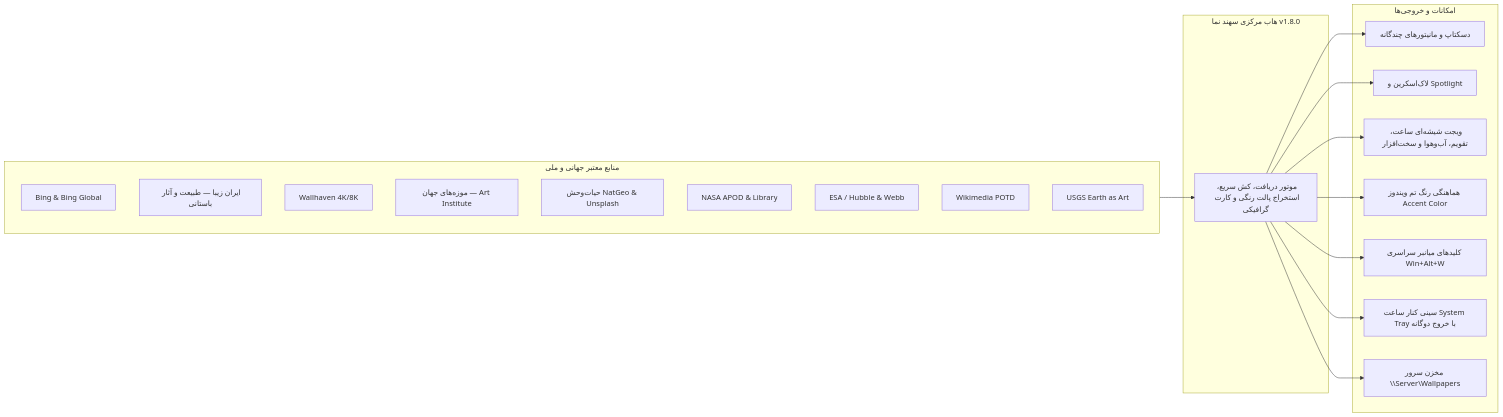
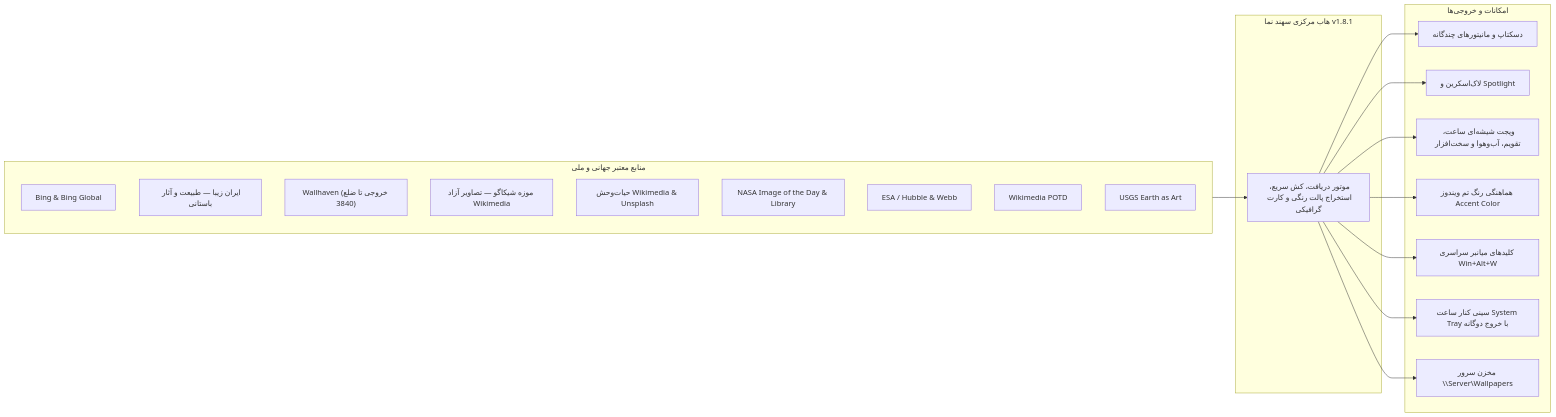
Before and after one commit to taimazus/SetWinWallpaper: the diagram in README.md, drawn with Mermaid. The commit also changed other lines of this file and 43 other files, not shown here.

````diff
--- a/README.md
+++ b/README.md
@@ -36,37 +36,37 @@
 ```mermaid
 graph LR
     subgraph Sources ["منابع معتبر جهانی و ملی"]
         B["Bing & Bing Global"]
         IR["ایران زیبا — طبیعت و آثار باستانی"]
-        W4K["Wallhaven 4K/8K"]
-        ART["موزه‌های جهان — Art Institute"]
-        GEO["حیات‌وحش NatGeo & Unsplash"]
-        N["NASA APOD & Library"]
+        W4K["Wallhaven (خروجی تا ضلع 3840)"]
+        ART["موزه شیکاگو — تصاویر آزاد Wikimedia"]
+        GEO["حیات‌وحش Wikimedia & Unsplash"]
+        N["NASA Image of the Day & Library"]
         H["ESA / Hubble & Webb"]
         W["Wikimedia POTD"]
         E["USGS Earth as Art"]
     end
     
-    subgraph Engine ["هاب مرکزی سهند نما v1.8.0"]
+    subgraph Engine ["هاب مرکزی سهند نما v1.8.1"]
         Core["موتور دریافت، کش سریع، استخراج پالت رنگی و کارت گرافیکی"]
     end
     
     subgraph Targets ["امکانات و خروجی‌ها"]
         D["دسکتاپ و مانیتورهای چندگانه"]
         L["لاک‌اسکرین و Spotlight"]
         WID["ویجت شیشه‌ای ساعت، تقویم، آب‌وهوا و سخت‌افزار"]
         CLR["هماهنگی رنگ تم ویندوز Accent Color"]
         HK["کلیدهای میانبر سراسری Win+Alt+W"]
         TRY["سینی کنار ساعت System Tray با خروج دوگانه"]
         S["مخزن سرور \\Server\Wallpapers"]
     end
     
     Sources --> Core
     Core --> D
     Core --> L
     Core --> WID
     Core --> CLR
     Core --> HK
     Core --> TRY
     Core --> S
 ```
````
